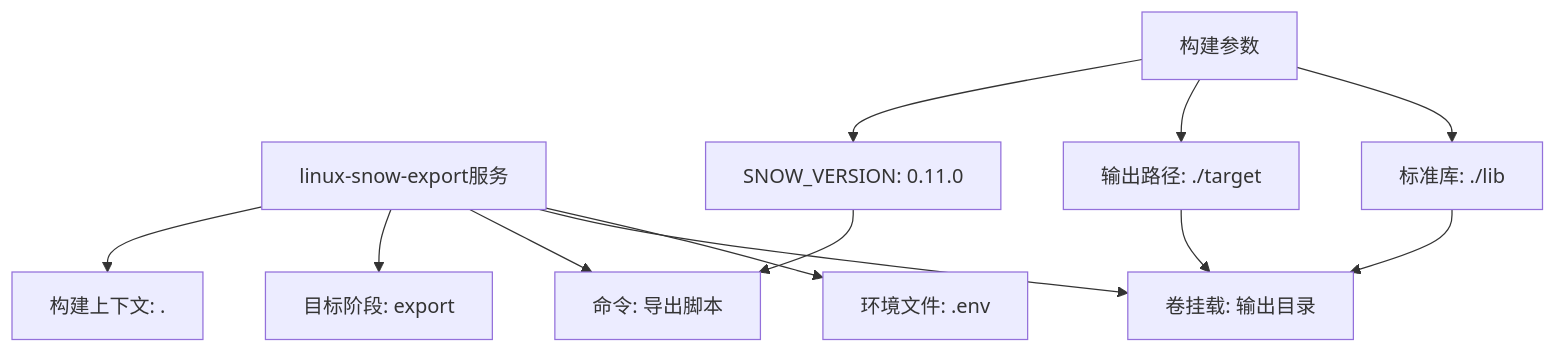
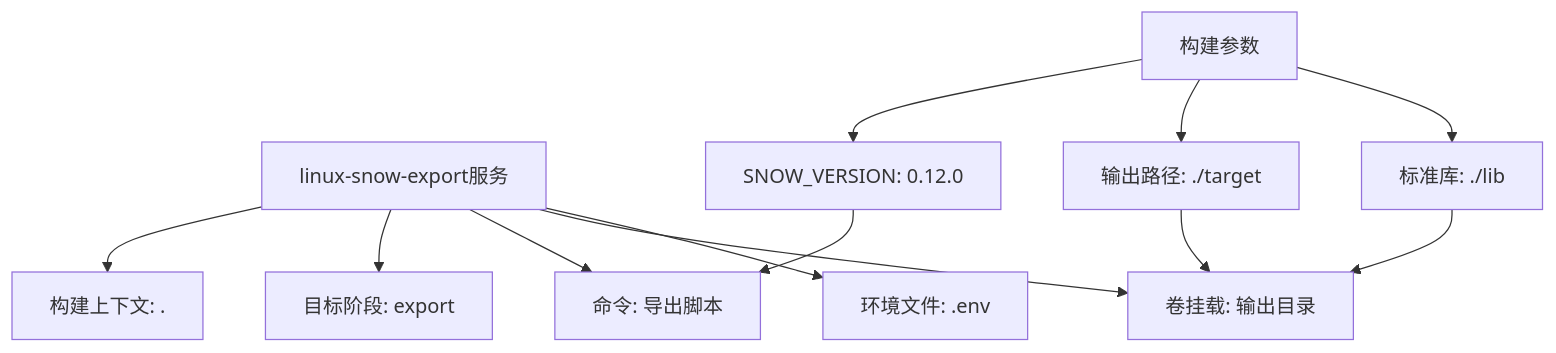
Before and after one commit to jcnc-org/Snow: the eighth of 25 diagrams in .qoder/repowiki/zh/content/部署与集成/Docker部署.md, drawn with Mermaid. The commit also changed other lines of this file and 14 other files, not shown here.

````diff
--- a/.qoder/repowiki/zh/content/部署与集成/Docker部署.md
+++ b/.qoder/repowiki/zh/content/部署与集成/Docker部署.md
@@ -304,14 +304,14 @@
 ```mermaid
 graph TB
 A[linux-snow-export服务] --> B[构建上下文: .]
 A --> C[目标阶段: export]
 A --> D[命令: 导出脚本]
 A --> E[卷挂载: 输出目录]
 A --> F[环境文件: .env]
-G[构建参数] --> H[SNOW_VERSION: 0.11.0]
+G[构建参数] --> H[SNOW_VERSION: 0.12.0]
 G --> I[输出路径: ./target]
 G --> J[标准库: ./lib]
 H --> D
 I --> E
 J --> E
 ```
````
